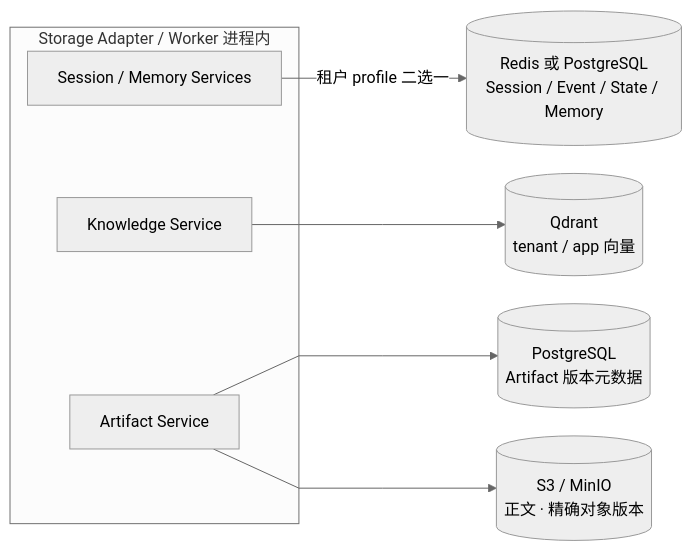
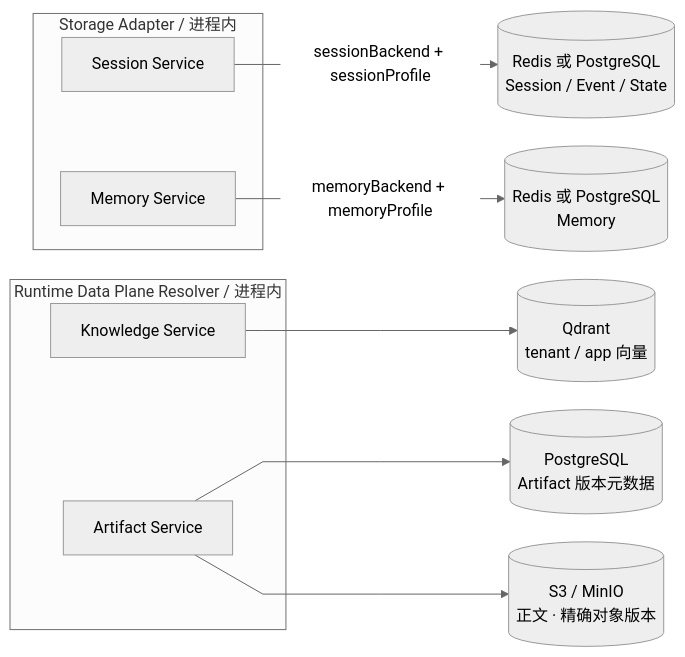
The second of 5 diagrams in docs/COMPETITION_SUBMISSION.md (ltyfulan9/trpc-agent-service), drawn with Mermaid before and after one commit. The commit also changed other lines of this file and 14 other files, not shown here.

Commit message:
Refine architecture documentation and verify cross-backend tenant composition

````diff
--- a/docs/COMPETITION_SUBMISSION.md
+++ b/docs/COMPETITION_SUBMISSION.md
@@ -62,13 +55,17 @@
 ```mermaid
 %%{init: {"theme":"neutral","flowchart":{"curve":"linear","nodeSpacing":28,"rankSpacing":35}}}%%
 flowchart LR
-  subgraph ADAPT[Storage Adapter / Worker 进程内]
-    SM[Session / Memory Services]
+  subgraph ADAPT[Storage Adapter / 进程内]
+    SS[Session Service]
+    MS[Memory Service]
+  end
+  subgraph DP[Runtime Data Plane Resolver / 进程内]
     KS[Knowledge Service]
     AS[Artifact Service]
   end
-  SM -->|租户 profile 二选一| SHARED[(Redis 或 PostgreSQL<br/>Session / Event / State / Memory)]
+  SS -->|sessionBackend + sessionProfile| SESSION[(Redis 或 PostgreSQL<br/>Session / Event / State)]
+  MS -->|memoryBackend + memoryProfile| MEMORY[(Redis 或 PostgreSQL<br/>Memory)]
   KS --> VEC[(Qdrant<br/>tenant / app 向量)]
   AS --> META[(PostgreSQL<br/>Artifact 版本元数据)]
   AS --> OBJ[(S3 / MinIO<br/>正文 · 精确对象版本)]
 ```
````
